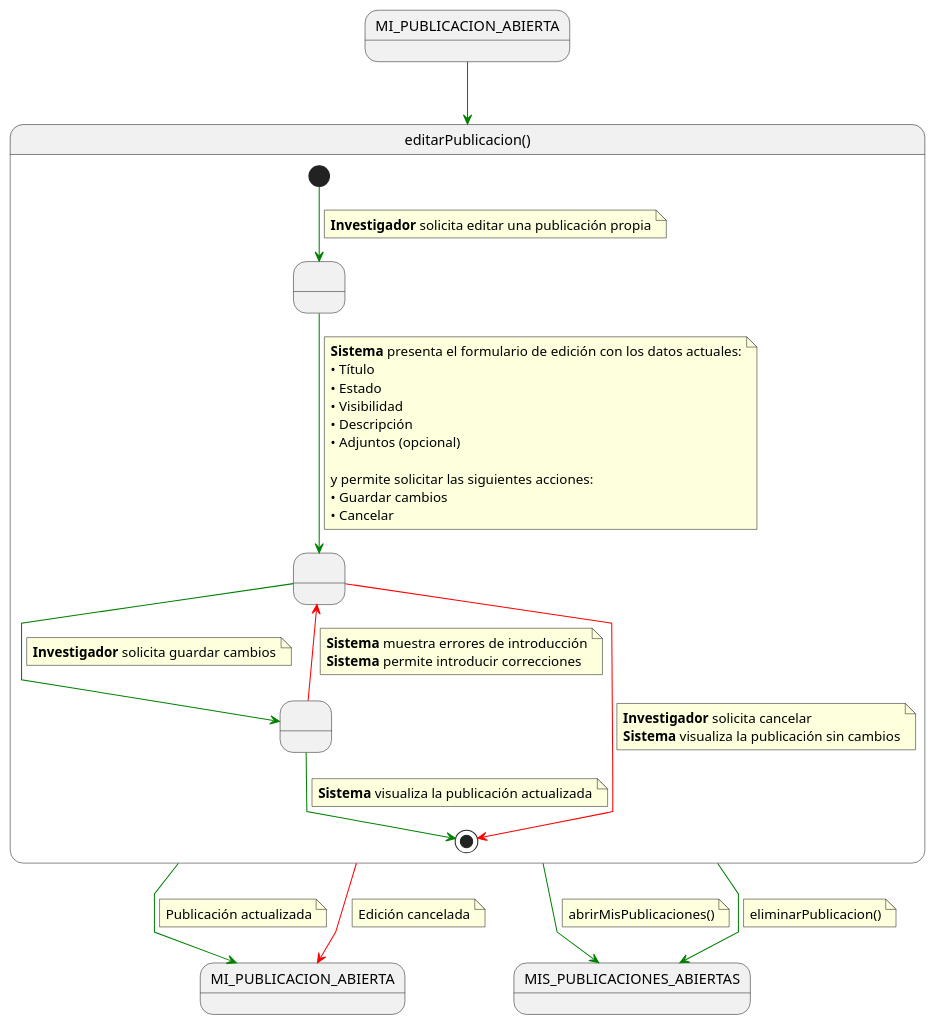
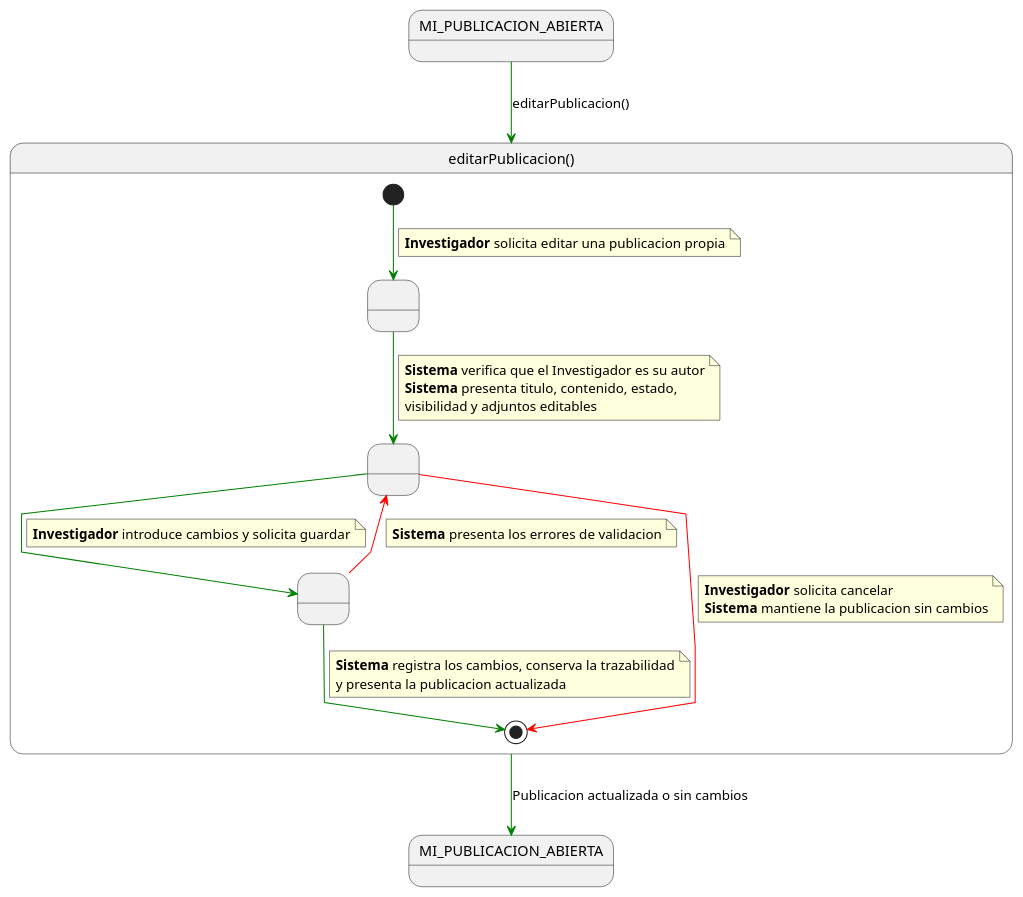
One commit to beatriizorozco/25-26-idsw2-sdVC changed the diagram in RUP/00-casos-uso/02-detalle/investigador/editarPublicacion/especificacion.puml. Above: the diagram before and after it, drawn with PlantUML. The commit also changed 44 other files, not shown here.

```diff
--- a/RUP/00-casos-uso/02-detalle/investigador/editarPublicacion/especificacion.puml
+++ b/RUP/00-casos-uso/02-detalle/investigador/editarPublicacion/especificacion.puml
@@ -1,75 +1,48 @@
 @startuml editarPublicacion
 skinparam linetype polyline
 
 state in1 as "MI_PUBLICACION_ABIERTA"
-in1 -[#green]-> editarPublicacion
+in1 -[#green]-> editarPublicacion : editarPublicacion()
 
 state editarPublicacion as "editarPublicacion()" {
-
-    state " " as MostrandoPublicacion
+    state " " as VerificandoAutoria
     state " " as EditandoDatos
     state " " as ValidandoDatos
 
-    [*] -[#green]-> MostrandoPublicacion
+    [*] -[#green]-> VerificandoAutoria
     note on link
-    <b>Investigador</b> solicita editar una publicación propia
+    <b>Investigador</b> solicita editar una publicacion propia
     end note
 
-    MostrandoPublicacion -[#green]-> EditandoDatos
+    VerificandoAutoria -[#green]-> EditandoDatos
     note on link
-    <b>Sistema</b> presenta el formulario de edición con los datos actuales:
-    • Título
-    • Estado
-    • Visibilidad
-    • Descripción
-    • Adjuntos (opcional)
-
-    y permite solicitar las siguientes acciones:
-    • Guardar cambios
-    • Cancelar
+    <b>Sistema</b> verifica que el Investigador es su autor
+    <b>Sistema</b> presenta titulo, contenido, estado,
+    visibilidad y adjuntos editables
     end note
 
     EditandoDatos -[#green]-> ValidandoDatos
     note on link
-    <b>Investigador</b> solicita guardar cambios
+    <b>Investigador</b> introduce cambios y solicita guardar
     end note
 
     ValidandoDatos -[#green]-> [*]
     note on link
-    <b>Sistema</b> visualiza la publicación actualizada
+    <b>Sistema</b> registra los cambios, conserva la trazabilidad
+    y presenta la publicacion actualizada
     end note
 
     ValidandoDatos -[#red]-> EditandoDatos
     note on link
-    <b>Sistema</b> muestra errores de introducción
-    <b>Sistema</b> permite introducir correcciones
+    <b>Sistema</b> presenta los errores de validacion
     end note
 
     EditandoDatos -[#red]-> [*]
     note on link
     <b>Investigador</b> solicita cancelar
-    <b>Sistema</b> visualiza la publicación sin cambios
+    <b>Sistema</b> mantiene la publicacion sin cambios
     end note
 }
 
-editarPublicacion -[#green]-> MI_PUBLICACION_ABIERTA
-note on link
-Publicación actualizada
-end note
-
-editarPublicacion -[#red]-> MI_PUBLICACION_ABIERTA
-note on link
-Edición cancelada
-end note
-
-editarPublicacion -[#green]-> MIS_PUBLICACIONES_ABIERTAS
-note on link
-abrirMisPublicaciones()
-end note
-
-editarPublicacion -[#green]-> MIS_PUBLICACIONES_ABIERTAS
-note on link
-eliminarPublicacion()
-end note
-
+editarPublicacion -[#green]-> MI_PUBLICACION_ABIERTA : Publicacion actualizada o sin cambios
 @enduml
```
